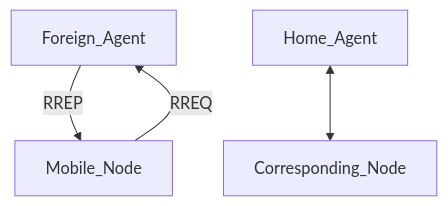
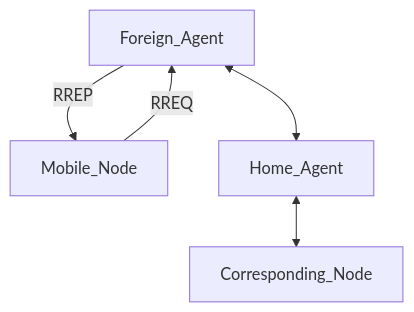
The diagram in README.md (juakali-networks/mip), drawn with Mermaid before and after one commit.

````diff
--- a/README.md
+++ b/README.md
@@ -28,6 +28,7 @@
 ```mermaid
 flowchart TD;
     Foreign_Agent-->|RREP|Mobile_Node;
     Mobile_Node-->|RREQ|Foreign_Agent;
     Home_Agent<-->Corresponding_Node;
+    Foreign_Agent<-->Home_Agent;
 ```
````
